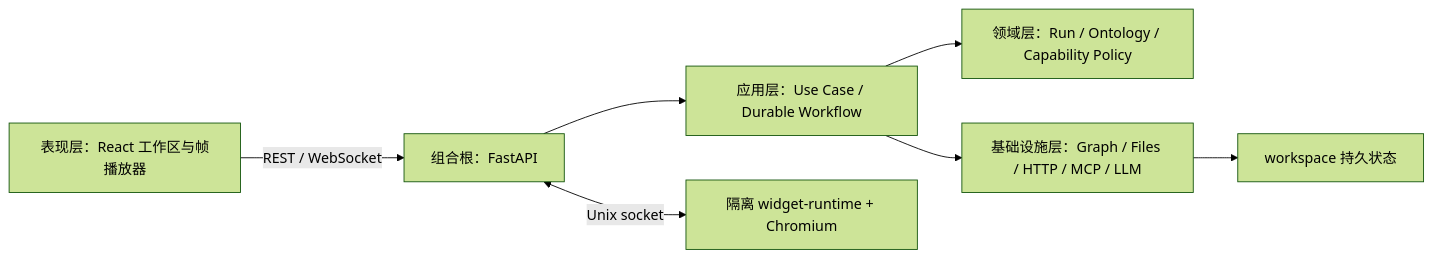
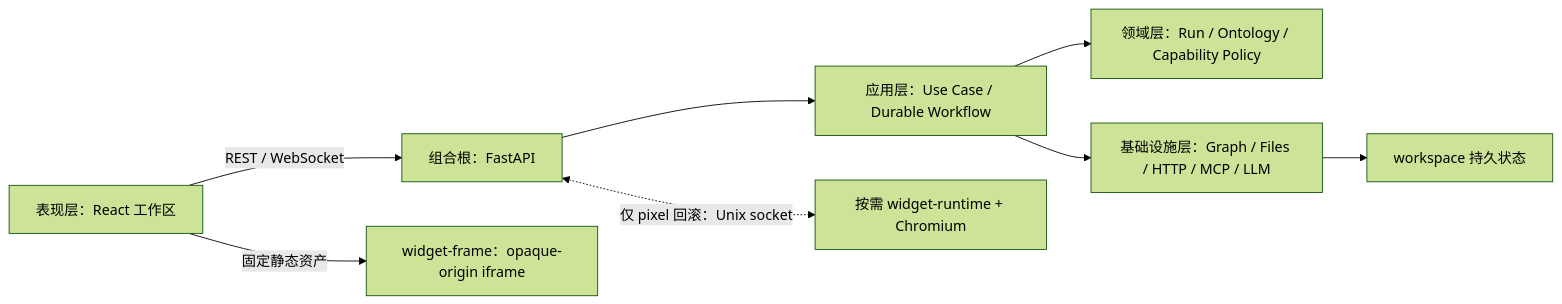
The diagram in docs/architecture/overview.md (BillShiyaoZhang/ambient-agent), drawn with Mermaid (forest theme) before and after one commit. The commit also changed other lines of this file and 61 other files, not shown here.

````diff
--- a/docs/architecture/overview.md
+++ b/docs/architecture/overview.md
@@ -5,9 +5,10 @@
 ```mermaid
 flowchart LR
-    Browser[表现层：React 工作区与帧播放器] -->|REST / WebSocket| API[组合根：FastAPI]
+    Browser[表现层：React 工作区] -->|REST / WebSocket| API[组合根：FastAPI]
+    Browser -->|固定静态资产| Frame["widget-frame：opaque-origin iframe"]
     API --> Workflow[应用层：Use Case / Durable Workflow]
     Workflow --> Domain[领域层：Run / Ontology / Capability Policy]
     Workflow --> Infra[基础设施层：Graph / Files / HTTP / MCP / LLM]
     Infra --> Workspace[workspace 持久状态]
-    API <-->|Unix socket| Runtime[隔离 widget-runtime + Chromium]
+    API <-.->|仅 pixel 回滚：Unix socket| Runtime["按需 widget-runtime + Chromium"]
 ```
````
